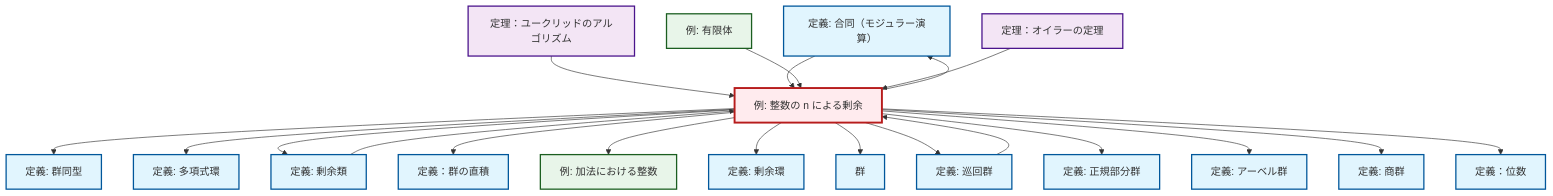
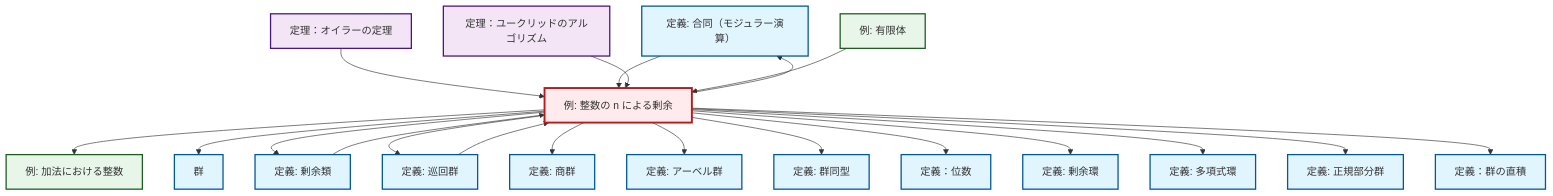
One commit to RK0429/ModernMath changed the diagram in content/ja/algebra/ex-quotient-integers-mod-n.qmd. Above: the diagram before and after it, drawn with Mermaid. The commit also changed other lines of this file and 1012 other files, not shown here.

````diff
--- a/content/ja/algebra/ex-quotient-integers-mod-n.qmd
+++ b/content/ja/algebra/ex-quotient-integers-mod-n.qmd
@@ -135,62 +135,62 @@
 ```{mermaid}
 %%| fig-cap: "Local dependency graph"
 graph TD
     classDef definition fill:#e1f5fe,stroke:#01579b,stroke-width:2px
     classDef theorem fill:#f3e5f5,stroke:#4a148c,stroke-width:2px
     classDef axiom fill:#fff3e0,stroke:#e65100,stroke-width:2px
     classDef example fill:#e8f5e9,stroke:#1b5e20,stroke-width:2px
     classDef current fill:#ffebee,stroke:#b71c1c,stroke-width:3px
     def-congruence["定義: 合同（モジュラー演算）"]:::definition
-    def-polynomial-ring["定義: 多項式環"]:::definition
+    thm-euler["定理：オイラーの定理"]:::theorem
+    def-isomorphism["定義: 群同型"]:::definition
+    def-cyclic-group["定義: 巡回群"]:::definition
+    def-order["定義：位数"]:::definition
+    ex-finite-field["例: 有限体"]:::example
+    def-abelian-group["定義: アーベル群"]:::definition
     thm-euclidean-algorithm["定理：ユークリッドのアルゴリズム"]:::theorem
-    def-cyclic-group["定義: 巡回群"]:::definition
-    thm-euler["定理：オイラーの定理"]:::theorem
     def-normal-subgroup["定義: 正規部分群"]:::definition
-    def-isomorphism["定義: 群同型"]:::definition
-    def-order["定義：位数"]:::definition
-    def-direct-product["定義：群の直積"]:::definition
     def-quotient-ring["定義: 剰余環"]:::definition
     ex-integers-addition["例: 加法における整数"]:::example
+    def-coset["定義: 剰余類"]:::definition
+    def-polynomial-ring["定義: 多項式環"]:::definition
     def-quotient-group["定義: 商群"]:::definition
-    def-abelian-group["定義: アーベル群"]:::definition
+    def-direct-product["定義：群の直積"]:::definition
+    def-group["群"]:::definition
     ex-quotient-integers-mod-n["例: 整数の n による剰余"]:::example
-    ex-finite-field["例: 有限体"]:::example
-    def-coset["定義: 剰余類"]:::definition
-    def-group["群"]:::definition
+    thm-euler --> ex-quotient-integers-mod-n
+    ex-quotient-integers-mod-n --> def-congruence
+    ex-quotient-integers-mod-n --> ex-integers-addition
+    ex-quotient-integers-mod-n --> def-group
+    ex-quotient-integers-mod-n --> def-coset
+    ex-quotient-integers-mod-n --> def-cyclic-group
+    def-cyclic-group --> ex-quotient-integers-mod-n
+    ex-quotient-integers-mod-n --> def-quotient-group
+    ex-quotient-integers-mod-n --> def-abelian-group
+    ex-quotient-integers-mod-n --> def-isomorphism
+    def-congruence --> ex-quotient-integers-mod-n
+    ex-quotient-integers-mod-n --> def-order
+    ex-quotient-integers-mod-n --> def-quotient-ring
+    thm-euclidean-algorithm --> ex-quotient-integers-mod-n
     def-coset --> ex-quotient-integers-mod-n
-    ex-quotient-integers-mod-n --> def-isomorphism
+    ex-finite-field --> ex-quotient-integers-mod-n
     ex-quotient-integers-mod-n --> def-polynomial-ring
-    ex-quotient-integers-mod-n --> def-coset
-    def-cyclic-group --> ex-quotient-integers-mod-n
+    ex-quotient-integers-mod-n --> def-normal-subgroup
     ex-quotient-integers-mod-n --> def-direct-product
-    thm-euclidean-algorithm --> ex-quotient-integers-mod-n
-    ex-quotient-integers-mod-n --> ex-integers-addition
-    ex-quotient-integers-mod-n --> def-congruence
-    ex-quotient-integers-mod-n --> def-quotient-ring
-    def-congruence --> ex-quotient-integers-mod-n
-    ex-quotient-integers-mod-n --> def-group
-    ex-quotient-integers-mod-n --> def-cyclic-group
-    ex-quotient-integers-mod-n --> def-normal-subgroup
-    ex-quotient-integers-mod-n --> def-abelian-group
-    ex-quotient-integers-mod-n --> def-quotient-group
-    ex-quotient-integers-mod-n --> def-order
-    ex-finite-field --> ex-quotient-integers-mod-n
-    thm-euler --> ex-quotient-integers-mod-n
     class ex-quotient-integers-mod-n current
     click def-congruence "def-congruence.html" "合同（モジュラー演算）の定義へ"
-    click def-polynomial-ring "def-polynomial-ring.html" "多項式環の定義へ"
+    click thm-euler "thm-euler.html" "定理：オイラーの定理へ"
+    click def-isomorphism "def-isomorphism.html" "群同型の定義へ"
+    click def-cyclic-group "def-cyclic-group.html" "巡回群の定義へ"
+    click def-order "def-order.html" "定義：位数へ"
+    click ex-finite-field "ex-finite-field.html" "有限体の例へ"
+    click def-abelian-group "def-abelian-group.html" "アーベル群の定義へ"
     click thm-euclidean-algorithm "thm-euclidean-algorithm.html" "定理：ユークリッドのアルゴリズムへ"
-    click def-cyclic-group "def-cyclic-group.html" "巡回群の定義へ"
-    click thm-euler "thm-euler.html" "定理：オイラーの定理へ"
     click def-normal-subgroup "def-normal-subgroup.html" "正規部分群の定義へ"
-    click def-isomorphism "def-isomorphism.html" "群同型の定義へ"
-    click def-order "def-order.html" "定義：位数へ"
-    click def-direct-product "def-direct-product.html" "定義：群の直積へ"
     click def-quotient-ring "def-quotient-ring.html" "剰余環の定義へ"
     click ex-integers-addition "ex-integers-addition.html" "加法における整数の例へ"
+    click def-coset "def-coset.html" "剰余類の定義へ"
+    click def-polynomial-ring "def-polynomial-ring.html" "多項式環の定義へ"
     click def-quotient-group "def-quotient-group.html" "商群の定義へ"
-    click def-abelian-group "def-abelian-group.html" "アーベル群の定義へ"
-    click ex-finite-field "ex-finite-field.html" "有限体の例へ"
-    click def-coset "def-coset.html" "剰余類の定義へ"
+    click def-direct-product "def-direct-product.html" "定義：群の直積へ"
     click def-group "def-group.html" "群へ"
 ```
````
